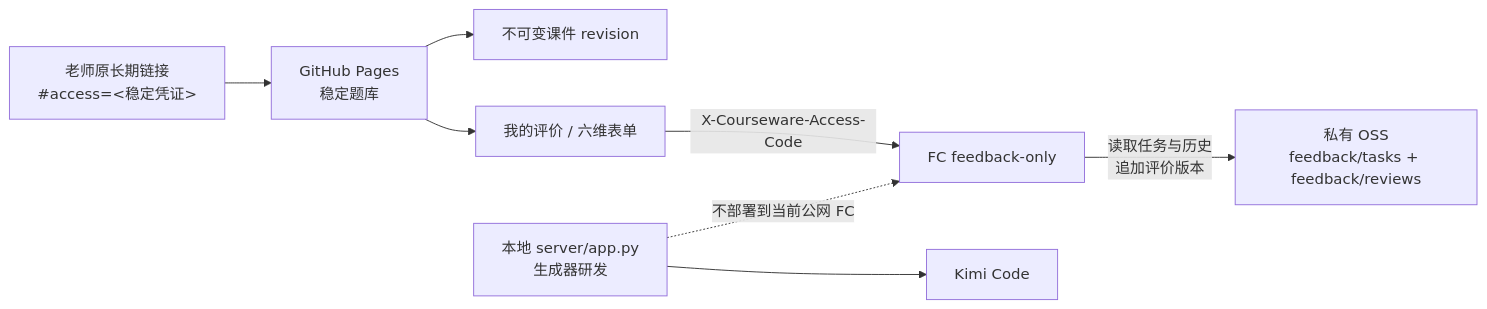
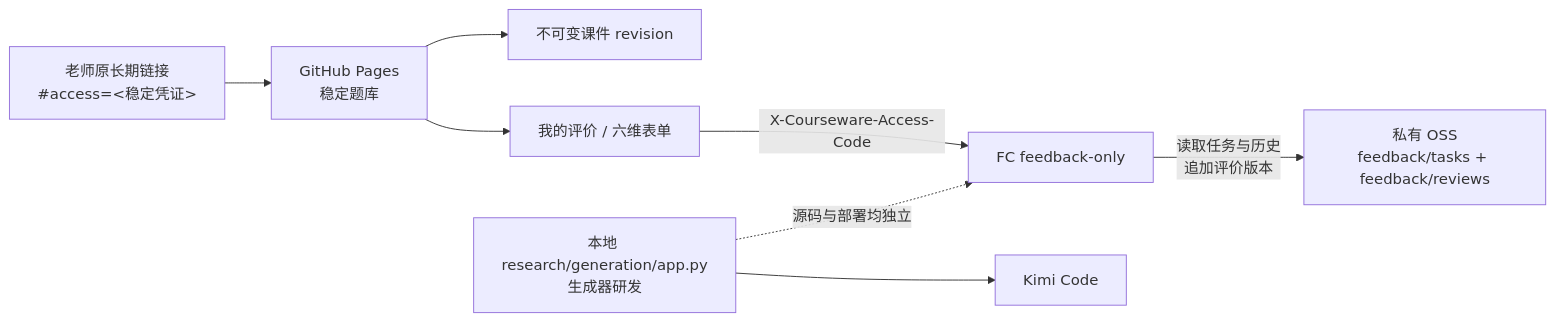
One commit to landeermail/courseware-space changed the diagram in docs/deploy/architecture.md. Above: the diagram before and after it, drawn with Mermaid. The commit also changed other lines of this file and 461 other files, not shown here.

Commit message:
chore: consolidate generation research module

````diff
--- a/docs/deploy/architecture.md
+++ b/docs/deploy/architecture.md
@@ -7,10 +7,10 @@
 ```mermaid
 flowchart LR
     T["老师原长期链接\n#access=<稳定凭证>"] --> P["GitHub Pages\n稳定题库"]
     P --> I["不可变课件 revision"]
     P --> R["我的评价 / 六维表单"]
     R -->|"X-Courseware-Access-Code"| F["FC feedback-only"]
     F -->|"读取任务与历史\n追加评价版本"| O["私有 OSS\nfeedback/tasks + feedback/reviews"]
-    L["本地 server/app.py\n生成器研发"] --> K["Kimi Code"]
-    L -. "不部署到当前公网 FC" .-> F
+    L["本地 research/generation/app.py\n生成器研发"] --> K["Kimi Code"]
+    L -. "源码与部署均独立" .-> F
 ```
````
